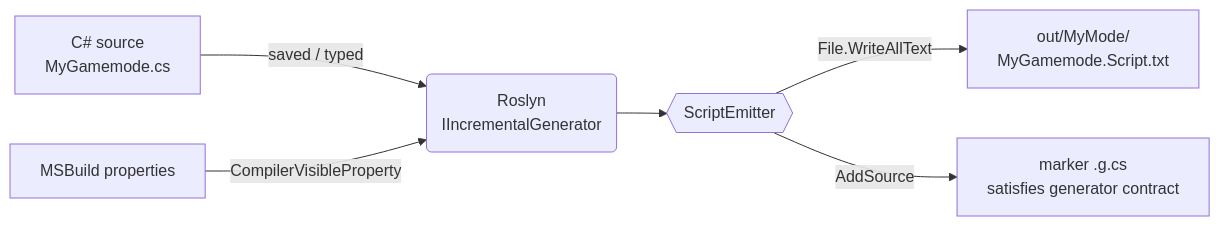
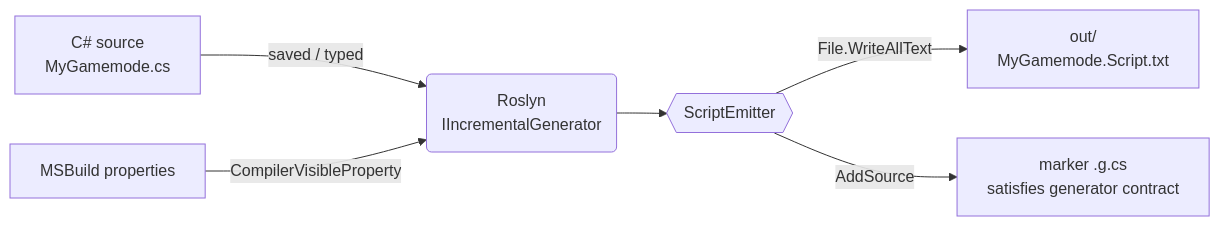
One commit to BigBang1112/maniascript-sharp changed the diagram in README.md. Above: the diagram before and after it, drawn with Mermaid. The commit also changed other lines of this file and 1 other file, not shown here.

````diff
--- a/README.md
+++ b/README.md
@@ -16,8 +16,8 @@
 ```mermaid
 flowchart LR
     A[C# source<br/>MyGamemode.cs] -->|saved / typed| B(Roslyn<br/>IIncrementalGenerator)
     C[MSBuild properties] -->|CompilerVisibleProperty| B
     B --> D{{ScriptEmitter}}
-    D -->|File.WriteAllText| E[out/MyMode/<br/>MyGamemode.Script.txt]
+    D -->|File.WriteAllText| E[out/<br/>MyGamemode.Script.txt]
     D -->|AddSource| F[marker .g.cs<br/>satisfies generator contract]
 ```
````
